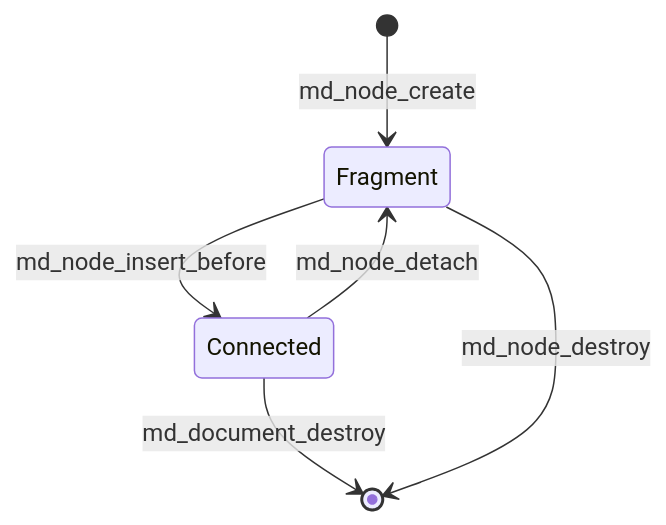
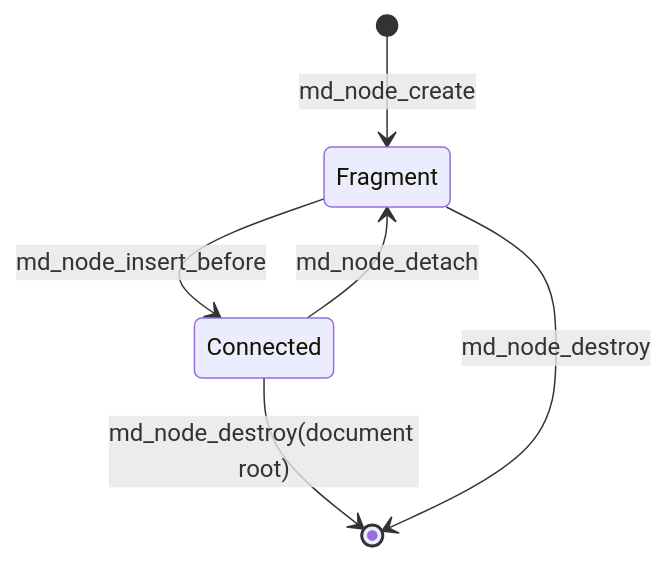
Before and after one commit to ktdevx/libmarkdown: the third of 6 diagrams in docs/specs/design.md, drawn with Mermaid. The commit also changed other lines of this file and 2 other files, not shown here.

Commit message:
document と node を統合

````diff
--- a/docs/specs/design.md
+++ b/docs/specs/design.md
@@ -159,8 +161,8 @@
 ```mermaid
 stateDiagram-v2
 	[*] --> Fragment: md_node_create
 	Fragment --> Connected: md_node_insert_before
 	Connected --> Fragment: md_node_detach
-	Connected --> [*]: md_document_destroy
+	Connected --> [*]: md_node_destroy(document root)
 	Fragment --> [*]: md_node_destroy
 ```
````
